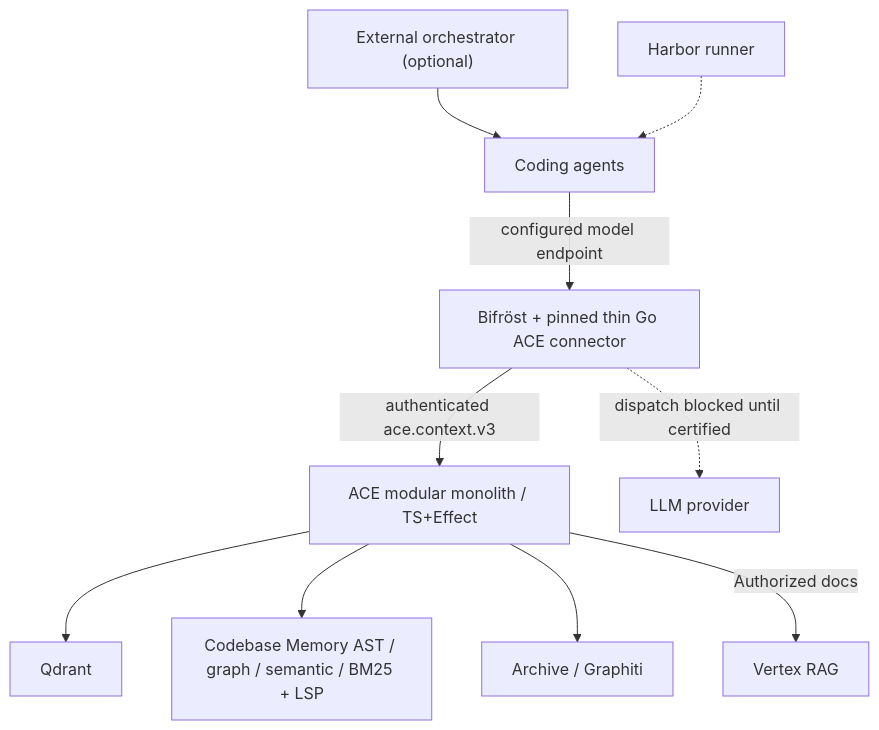
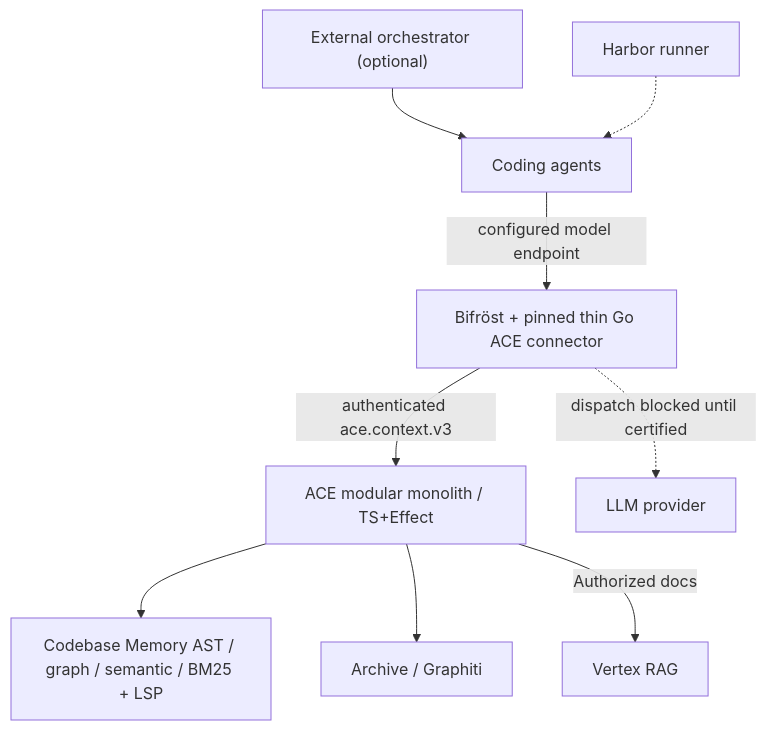
One commit to chris-madsen/Hybrid-RAG changed the diagram in docs/architecture/05-contracts-and-deployment.md. Above: the diagram before and after it, drawn with Mermaid. The commit also changed other lines of this file and 8 other files, not shown here.

Commit message:
docs: reconcile foundational retrieval specs and architecture views

````diff
--- a/docs/architecture/05-contracts-and-deployment.md
+++ b/docs/architecture/05-contracts-and-deployment.md
@@ -118,12 +118,11 @@
 ```mermaid
 flowchart TB
   LG["External orchestrator (optional)"] --> AG["Coding agents"]
   AG -->|"configured model endpoint"| BF["Bifröst + pinned thin Go ACE connector"]
   BF -->|"authenticated ace.context.v3"| ACE["ACE modular monolith / TS+Effect"]
   BF -.->|"dispatch blocked until certified"| LLM["LLM provider"]
-  ACE --> Q["Qdrant"]
   ACE --> T["Codebase Memory AST / graph / semantic / BM25 + LSP"]
   ACE --> G["Archive / Graphiti"]
   ACE -->|"Authorized docs"| V["Vertex RAG"]
   H["Harbor runner"] -.-> AG
 ```
````
